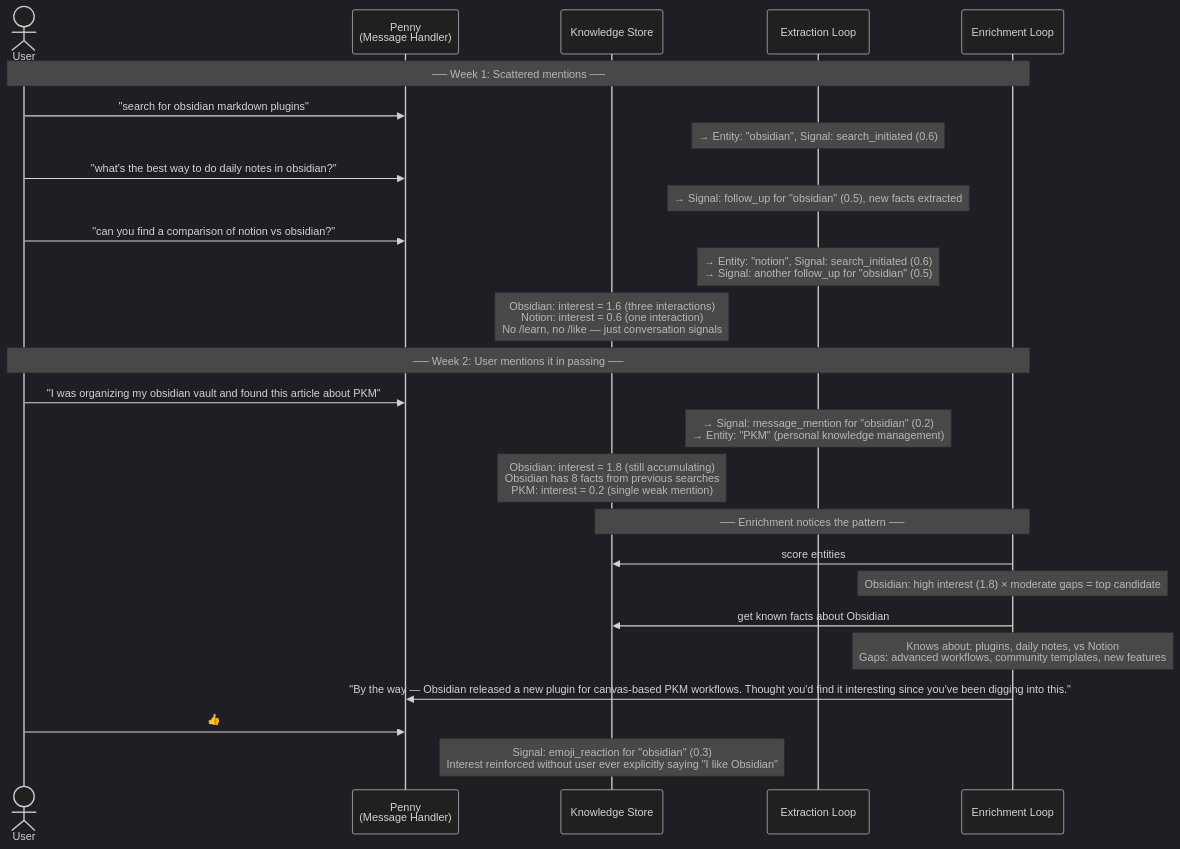
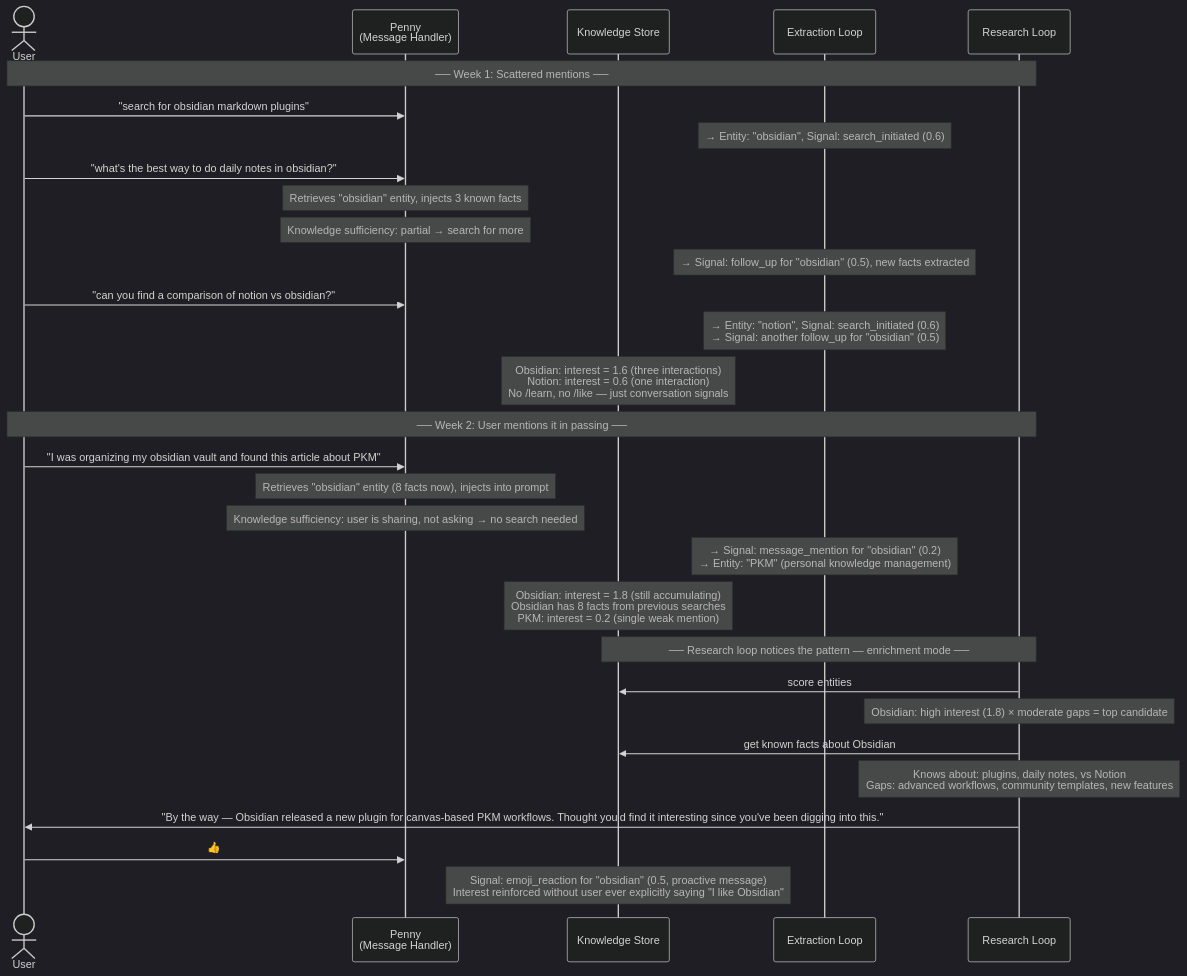
One commit to jaredlockhart/penny changed the fourth of 6 diagrams in docs/knowledge-system-flows.md. Above: the diagram before and after it, drawn with Mermaid (dark theme). The commit also changed other lines of this file and 1 other file, not shown here.

First line of the commit message:
docs: update knowledge system plan and flows for review findings

````diff
--- a/docs/knowledge-system-flows.md
+++ b/docs/knowledge-system-flows.md
@@ -226,37 +234,41 @@
 ```mermaid
 sequenceDiagram
     actor User
     participant Penny as Penny<br/>(Message Handler)
     participant DB as Knowledge Store
     participant Extract as Extraction Loop
-    participant Enrich as Enrichment Loop
+    participant Research as Research Loop
 
-    Note over User,Enrich: ── Week 1: Scattered mentions ──
+    Note over User,Research: ── Week 1: Scattered mentions ──
 
     User->>Penny: "search for obsidian markdown plugins"
     Note over Extract: → Entity: "obsidian", Signal: search_initiated (0.6)
     User->>Penny: "what's the best way to do daily notes in obsidian?"
+    Note over Penny: Retrieves "obsidian" entity, injects 3 known facts
+    Note over Penny: Knowledge sufficiency: partial → search for more
     Note over Extract: → Signal: follow_up for "obsidian" (0.5), new facts extracted
     User->>Penny: "can you find a comparison of notion vs obsidian?"
     Note over Extract: → Entity: "notion", Signal: search_initiated (0.6)<br/>→ Signal: another follow_up for "obsidian" (0.5)
 
     Note over DB: Obsidian: interest = 1.6 (three interactions)<br/>Notion: interest = 0.6 (one interaction)<br/>No /learn, no /like — just conversation signals
 
-    Note over User,Enrich: ── Week 2: User mentions it in passing ──
+    Note over User,Research: ── Week 2: User mentions it in passing ──
 
     User->>Penny: "I was organizing my obsidian vault and found this article about PKM"
+    Note over Penny: Retrieves "obsidian" entity (8 facts now), injects into prompt
+    Note over Penny: Knowledge sufficiency: user is sharing, not asking → no search needed
     Note over Extract: → Signal: message_mention for "obsidian" (0.2)<br/>→ Entity: "PKM" (personal knowledge management)
 
     Note over DB: Obsidian: interest = 1.8 (still accumulating)<br/>Obsidian has 8 facts from previous searches<br/>PKM: interest = 0.2 (single weak mention)
 
-    Note over Enrich,DB: ── Enrichment notices the pattern ──
+    Note over Research,DB: ── Research loop notices the pattern — enrichment mode ──
 
-    Enrich->>DB: score entities
-    Note over Enrich: Obsidian: high interest (1.8) × moderate gaps = top candidate
-    Enrich->>DB: get known facts about Obsidian
-    Note over Enrich: Knows about: plugins, daily notes, vs Notion<br/>Gaps: advanced workflows, community templates, new features
-    Enrich->>Penny: "By the way — Obsidian released a new plugin for canvas-based PKM workflows. Thought you'd find it interesting since you've been digging into this."
+    Research->>DB: score entities
+    Note over Research: Obsidian: high interest (1.8) × moderate gaps = top candidate
+    Research->>DB: get known facts about Obsidian
+    Note over Research: Knows about: plugins, daily notes, vs Notion<br/>Gaps: advanced workflows, community templates, new features
+    Research->>User: "By the way — Obsidian released a new plugin for canvas-based PKM workflows. Thought you'd find it interesting since you've been digging into this."
 
     User->>Penny: 👍
-    Note over DB: Signal: emoji_reaction for "obsidian" (0.3)<br/>Interest reinforced without user ever explicitly saying "I like Obsidian"
+    Note over DB: Signal: emoji_reaction for "obsidian" (0.5, proactive message)<br/>Interest reinforced without user ever explicitly saying "I like Obsidian"
 ```
````
